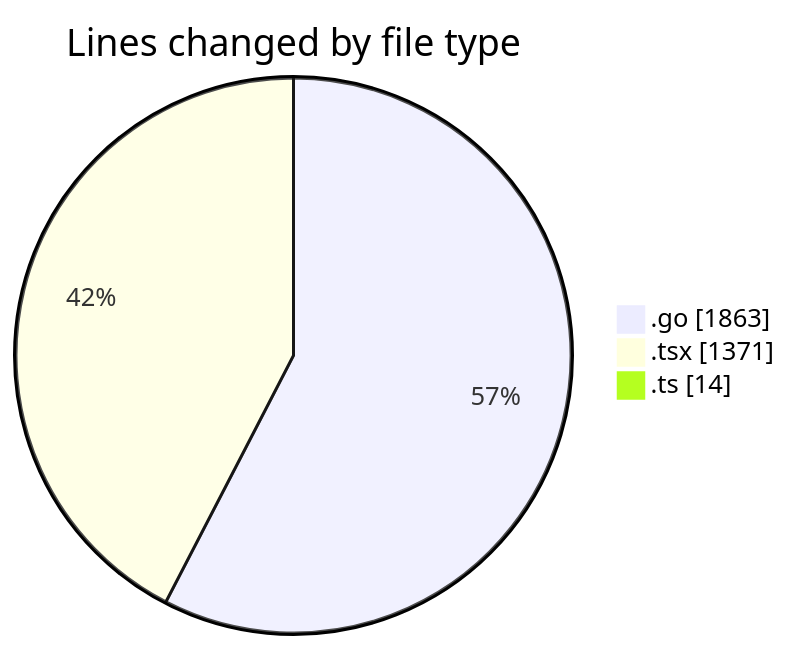
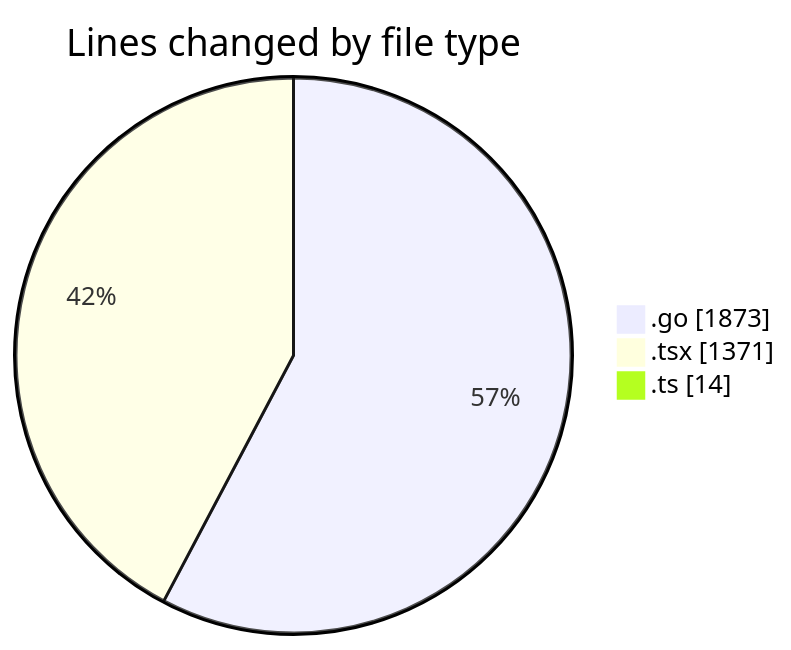
The first of 2 diagrams in 2025-03-05/termonied_testador/README.md (robertbonfada/code-tracking), drawn with Mermaid before and after one commit. The commit also changed other lines of this file and 1 other file, not shown here.

````diff
--- a/2025-03-05/termonied_testador/README.md
+++ b/2025-03-05/termonied_testador/README.md
@@ -33,7 +33,7 @@
 ```mermaid
 pie showData
 title Lines changed by file type
-".go" : 1863
+".go" : 1873
 ".tsx" : 1371
 ".ts" : 14
 ```
````
